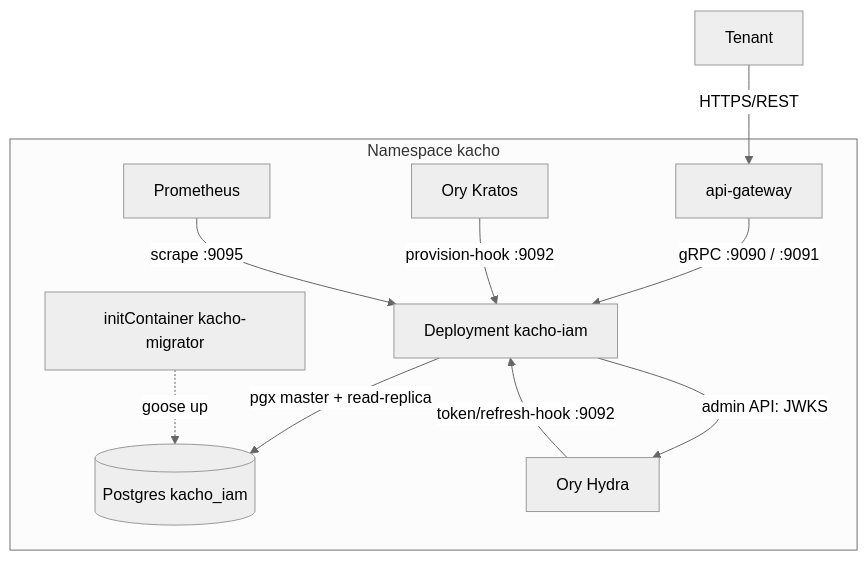
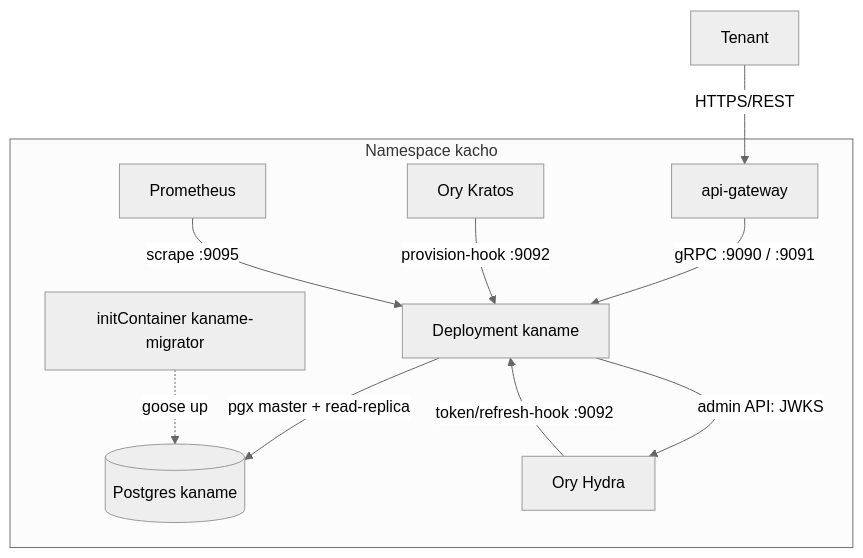
The first of 2 diagrams in services/iam/docs/engineering/components/31-deployment.md (PRO-Robotech/kacho), drawn with Mermaid (neutral theme) before and after one commit. The commit also changed other lines of this file and 5005 other files, not shown here.

````diff
--- a/services/iam/docs/engineering/components/31-deployment.md
+++ b/services/iam/docs/engineering/components/31-deployment.md
@@ -100,13 +100,13 @@
 ```mermaid
 flowchart TB
     Tenant -- HTTPS/REST --> APIGW[api-gateway]
     subgraph KachoNS[Namespace kacho]
-        APIGW -- gRPC :9090 / :9091 --> IAM[Deployment kacho-iam]
-        IAM -- pgx master + read-replica --> PG[(Postgres kacho_iam)]
+        APIGW -- gRPC :9090 / :9091 --> IAM[Deployment kaname]
+        IAM -- pgx master + read-replica --> PG[(Postgres kaname)]
         Kratos[Ory Kratos] -- provision-hook :9092 --> IAM
         Hydra[Ory Hydra] -- token/refresh-hook :9092 --> IAM
         IAM -- admin API: JWKS --> Hydra
-        Migrate[initContainer kacho-migrator] -. goose up .-> PG
+        Migrate[initContainer kaname-migrator] -. goose up .-> PG
         Prom[Prometheus] -- scrape :9095 --> IAM
     end
 ```
````
